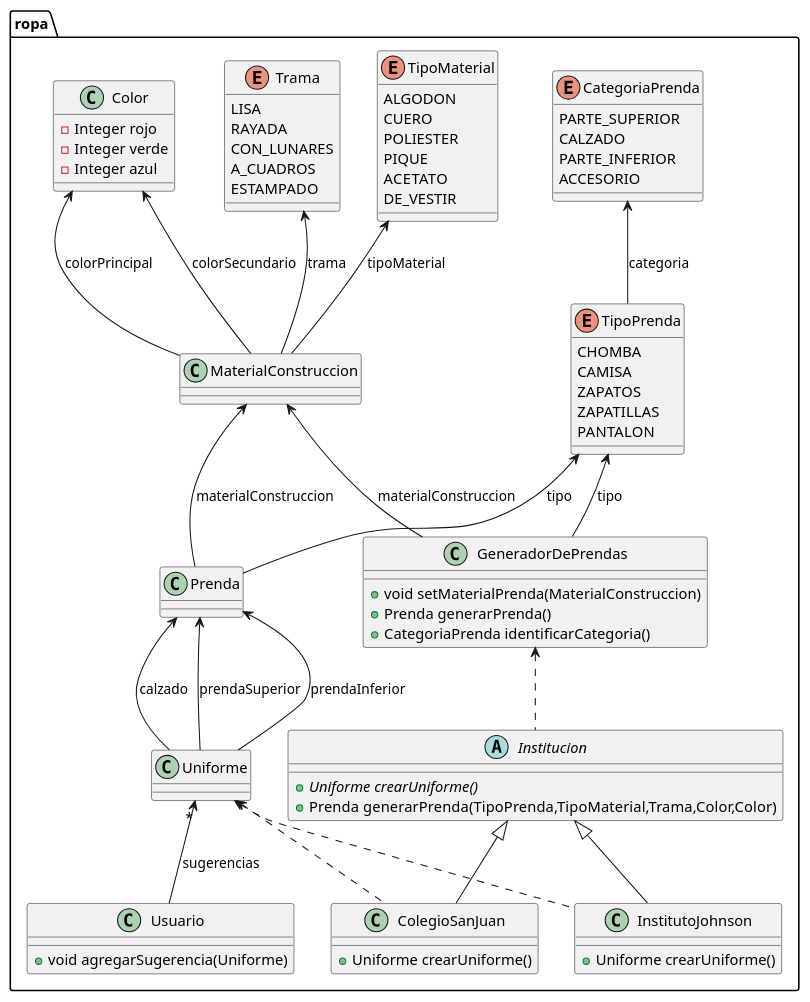
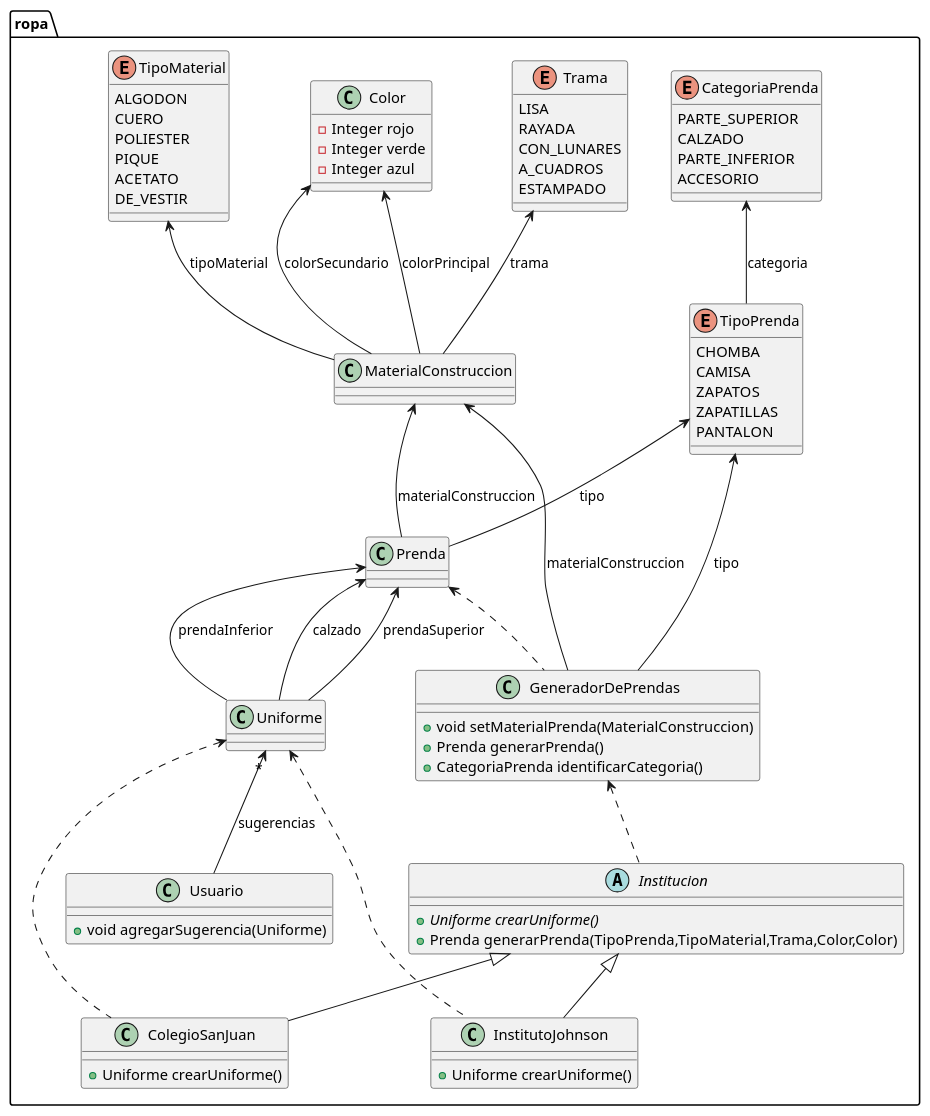
The diagram in qmp-segunda-iteracion.puml (AlejandroDeheza/QMP), drawn with PlantUML before and after one commit. The commit also changed 1 other file, not shown here.

Commit message:
Modifico diagrama de clases

```diff
--- a/qmp-segunda-iteracion.puml
+++ b/qmp-segunda-iteracion.puml
@@ -1,79 +1,80 @@
 @startuml
 class ropa.Uniforme {
 }
 class ropa.Usuario {
 + void agregarSugerencia(Uniforme)
 }
 abstract class ropa.Institucion {
 + {abstract}Uniforme crearUniforme()
 + Prenda generarPrenda(TipoPrenda,TipoMaterial,Trama,Color,Color)
 }
 class ropa.ColegioSanJuan {
 + Uniforme crearUniforme()
 }
 class ropa.InstitutoJohnson {
 + Uniforme crearUniforme()
 }
 class ropa.Prenda {
 }
 class ropa.GeneradorDePrendas {
 + void setMaterialPrenda(MaterialConstruccion)
 + Prenda generarPrenda()
 + CategoriaPrenda identificarCategoria()
 }
 class ropa.MaterialConstruccion {
 }
 enum ropa.TipoPrenda {
 CHOMBA
 CAMISA
 ZAPATOS
 ZAPATILLAS
 PANTALON
 }
 enum ropa.CategoriaPrenda {
 PARTE_SUPERIOR
 CALZADO
 PARTE_INFERIOR
 ACCESORIO
 }
 enum ropa.TipoMaterial {
 ALGODON
 CUERO
 POLIESTER
 PIQUE
 ACETATO
 DE_VESTIR
 }
 enum ropa.Trama {
 LISA
 RAYADA
 CON_LUNARES
 A_CUADROS
 ESTAMPADO
 }
 class ropa.Color {
 - Integer rojo
 - Integer verde
 - Integer azul
 }
 
 ropa.Institucion <|-- ropa.InstitutoJohnson
 ropa.Institucion <|-- ropa.ColegioSanJuan
 ropa.Prenda <-- ropa.Uniforme: prendaSuperior
 ropa.Prenda <-- ropa.Uniforme: prendaInferior
 ropa.Prenda <-- ropa.Uniforme: calzado
 ropa.Uniforme "*" <-- ropa.Usuario: sugerencias
 ropa.Uniforme <.. ropa.ColegioSanJuan
 ropa.Uniforme <.. ropa.InstitutoJohnson
 ropa.MaterialConstruccion <-- ropa.Prenda: materialConstruccion
 ropa.MaterialConstruccion <-- ropa.GeneradorDePrendas: materialConstruccion
 ropa.TipoPrenda <-- ropa.Prenda: tipo
 ropa.TipoPrenda <-- ropa.GeneradorDePrendas: tipo
 ropa.TipoMaterial <-- ropa.MaterialConstruccion: tipoMaterial
 ropa.Trama <-- ropa.MaterialConstruccion: trama
 ropa.Color <-- ropa.MaterialConstruccion: colorPrincipal
 ropa.Color <-- ropa.MaterialConstruccion: colorSecundario
 ropa.CategoriaPrenda <-- ropa.TipoPrenda: categoria
 ropa.GeneradorDePrendas <.. ropa.Institucion
+ropa.Prenda <.. ropa.GeneradorDePrendas
 
 @enduml
```
